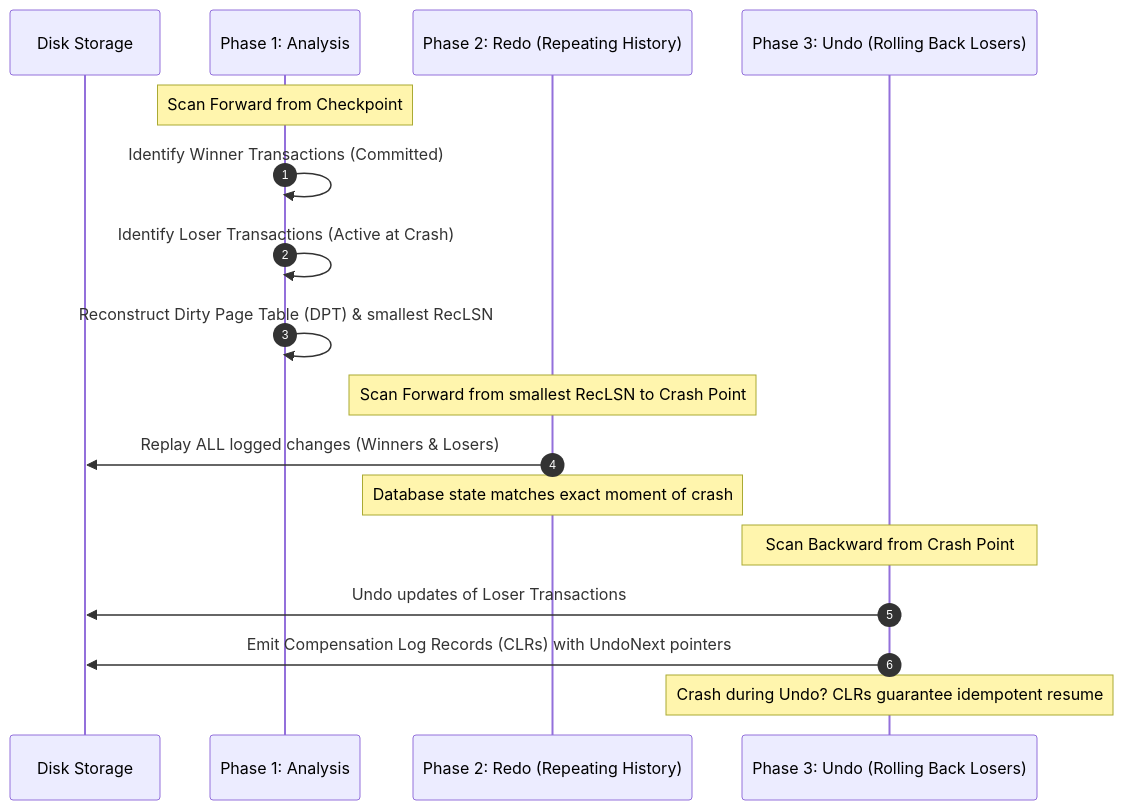
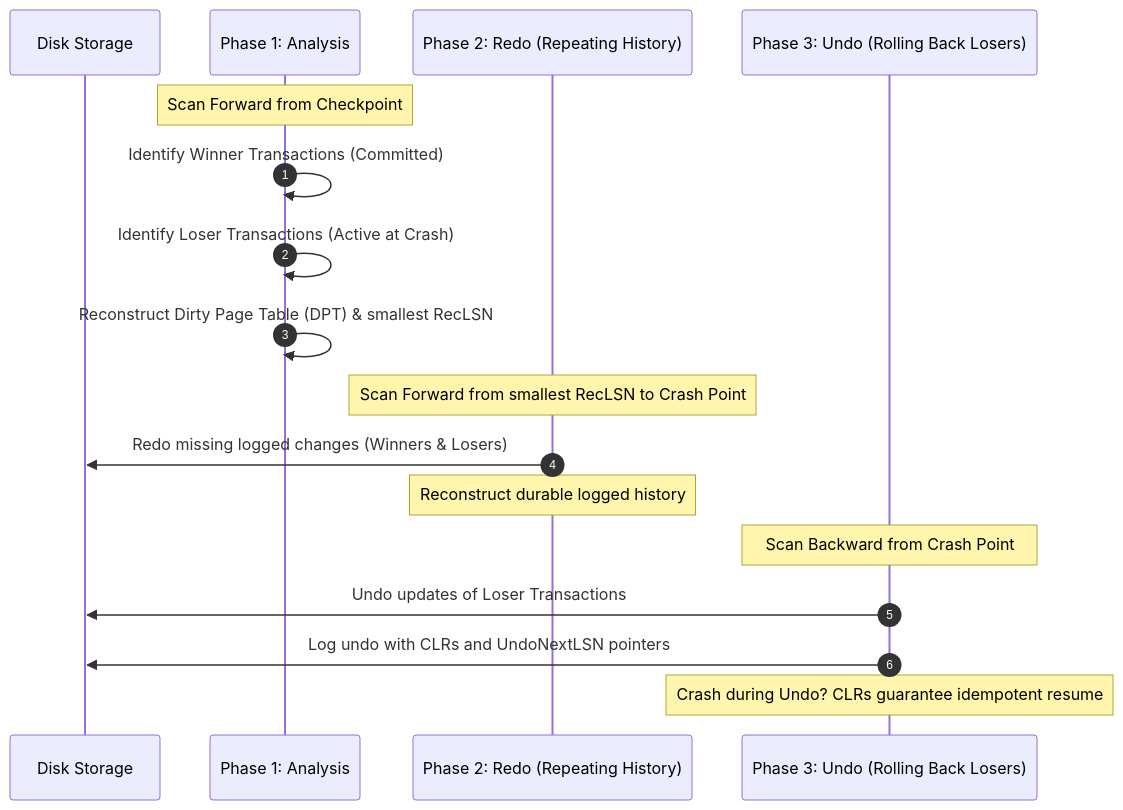
Before and after one commit to Prem-Duvvapu/cs-fundamentals-with-ui: the fifth of 5 diagrams in content/dbms/06-transactions-acid.md, drawn with Mermaid. The commit also changed other lines of this file and 18 other files, not shown here.

````diff
--- a/content/dbms/06-transactions-acid.md
+++ b/content/dbms/06-transactions-acid.md
@@ -275,22 +277,22 @@
 ```mermaid
 sequenceDiagram
     autonumber
     participant D as Disk Storage
     participant A as Phase 1: Analysis
     participant R as Phase 2: Redo (Repeating History)
     participant U as Phase 3: Undo (Rolling Back Losers)
 
     Note over A: Scan Forward from Checkpoint
     A->>A: Identify Winner Transactions (Committed)
     A->>A: Identify Loser Transactions (Active at Crash)
     A->>A: Reconstruct Dirty Page Table (DPT) & smallest RecLSN
 
     Note over R: Scan Forward from smallest RecLSN to Crash Point
-    R->>D: Replay ALL logged changes (Winners & Losers)
-    Note over R: Database state matches exact moment of crash
+    R->>D: Redo missing logged changes (Winners & Losers)
+    Note over R: Reconstruct durable logged history
 
     Note over U: Scan Backward from Crash Point
     U->>D: Undo updates of Loser Transactions
-    U->>D: Emit Compensation Log Records (CLRs) with UndoNext pointers
+    U->>D: Log undo with CLRs and UndoNextLSN pointers
     Note over U: Crash during Undo? CLRs guarantee idempotent resume
 ```
````
